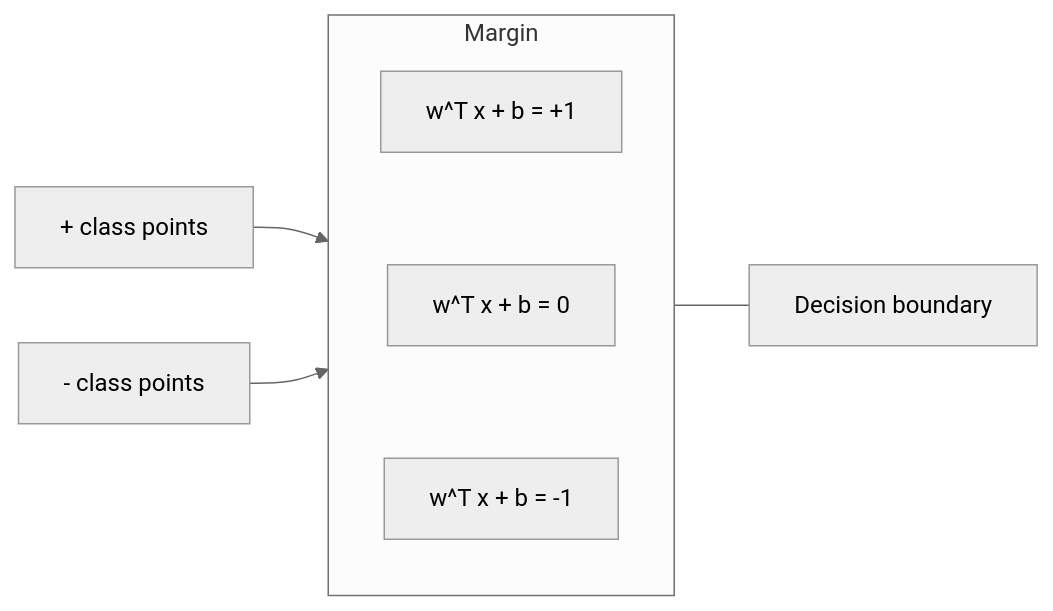
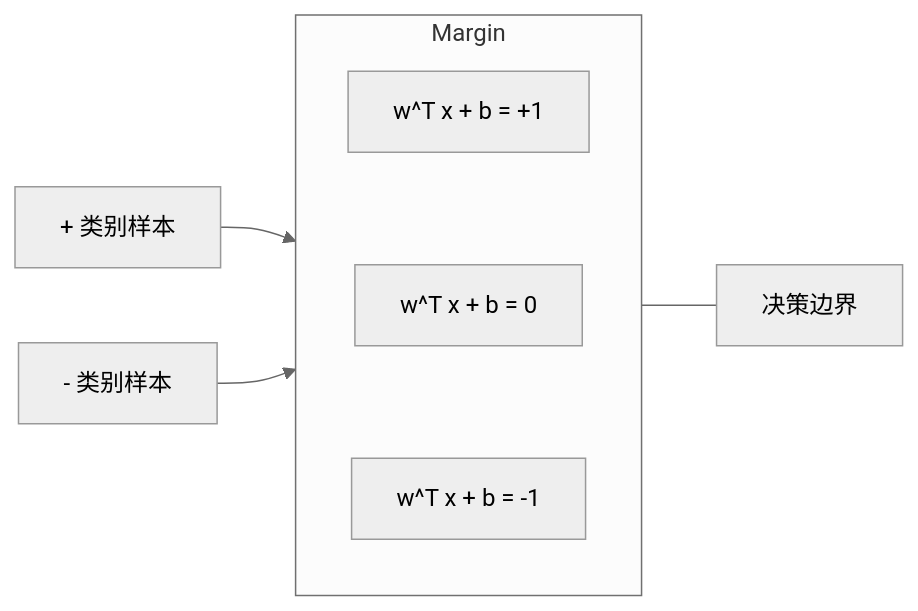
Before and after one commit to omigaZen/ai-engineering-from-scratch: the first of 3 diagrams in phases/02-ml-fundamentals/05-support-vector-machines/docs/zh.md, drawn with Mermaid (neutral theme). The commit also changed other lines of this file and 3 other files, not shown here.

````diff
--- a/phases/02-ml-fundamentals/05-support-vector-machines/docs/zh.md
+++ b/phases/02-ml-fundamentals/05-support-vector-machines/docs/zh.md
@@ -61,10 +41,10 @@
 ```mermaid
 graph LR
     subgraph Margin
         direction TB
         A["w^T x + b = +1"] ~~~ B["w^T x + b = 0"] ~~~ C["w^T x + b = -1"]
     end
-    D["+ class points"] --> A
-    E["- class points"] --> C
-    B --- F["Decision boundary"]
+    D["+ 类别样本"] --> A
+    E["- 类别样本"] --> C
+    B --- F["决策边界"]
 ```
````
